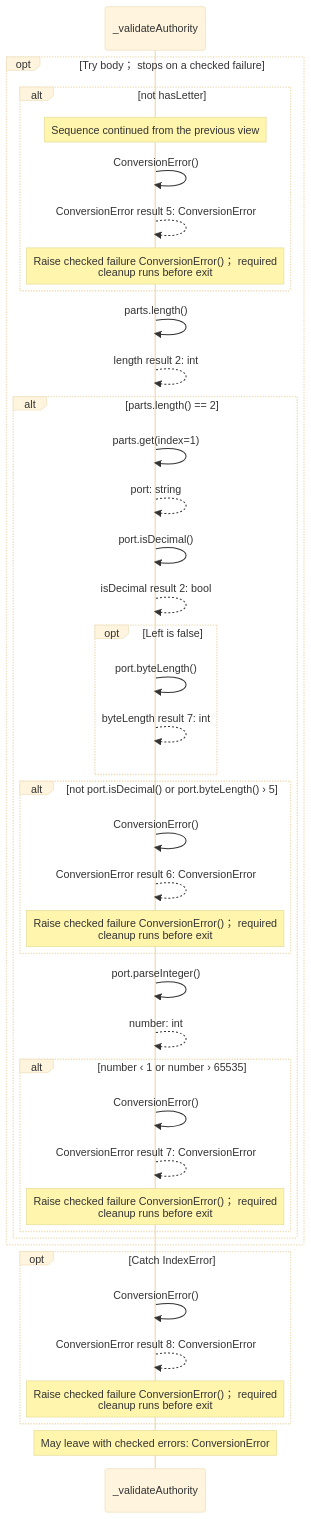
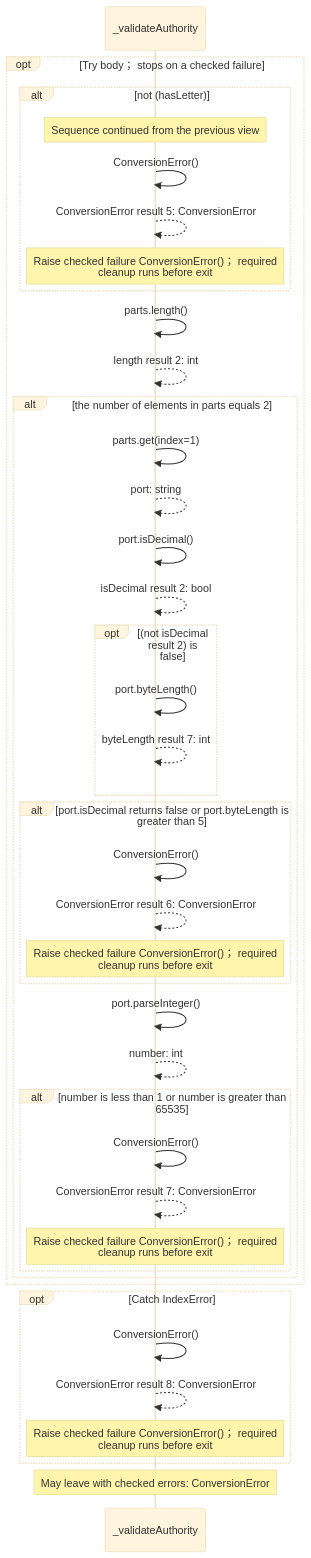
Diagram 11 of 13 in src/stdlib/values/urls.aug.diagrams.md (GreenPandaStudios/augscript), drawn with Mermaid (base theme) before and after one commit. The commit also changed other lines of this file and 658 other files, not shown here.

````diff
--- a/src/stdlib/values/urls.aug.diagrams.md
+++ b/src/stdlib/values/urls.aug.diagrams.md
@@ -321,43 +350,43 @@
 ```mermaid
 sequenceDiagram
     participant p0 as _validateAuthority
 
     opt Try body； stops on a checked failure
-    alt not hasLetter
+    alt not (hasLetter)
     Note over p0: Sequence continued from the previous view
     p0->>p0: ConversionError()
     p0-->>p0: ConversionError result 5: ConversionError
     Note over p0: Raise checked failure ConversionError()； required<br/>cleanup runs before exit
     end
     p0->>p0: parts.length()
     p0-->>p0: length result 2: int
-    alt parts.length() == 2
+    alt the number of elements in parts equals 2
     p0->>p0: parts.get(index=1)
     p0-->>p0: port: string
     p0->>p0: port.isDecimal()
     p0-->>p0: isDecimal result 2: bool
-    opt Left is false
+    opt (not isDecimal result 2) is false
     p0->>p0: port.byteLength()
     p0-->>p0: byteLength result 7: int
     end
-    alt not port.isDecimal() or port.byteLength() › 5
+    alt port.isDecimal returns false or port.byteLength is<br/>greater than 5
     p0->>p0: ConversionError()
     p0-->>p0: ConversionError result 6: ConversionError
     Note over p0: Raise checked failure ConversionError()； required<br/>cleanup runs before exit
     end
     p0->>p0: port.parseInteger()
     p0-->>p0: number: int
-    alt number ‹ 1 or number › 65535
+    alt number is less than 1 or number is greater than 65535
     p0->>p0: ConversionError()
     p0-->>p0: ConversionError result 7: ConversionError
     Note over p0: Raise checked failure ConversionError()； required<br/>cleanup runs before exit
     end
     end
     end
     opt Catch IndexError
     p0->>p0: ConversionError()
     p0-->>p0: ConversionError result 8: ConversionError
     Note over p0: Raise checked failure ConversionError()； required<br/>cleanup runs before exit
     end
     Note over p0: May leave with checked errors: ConversionError
 ```
````
